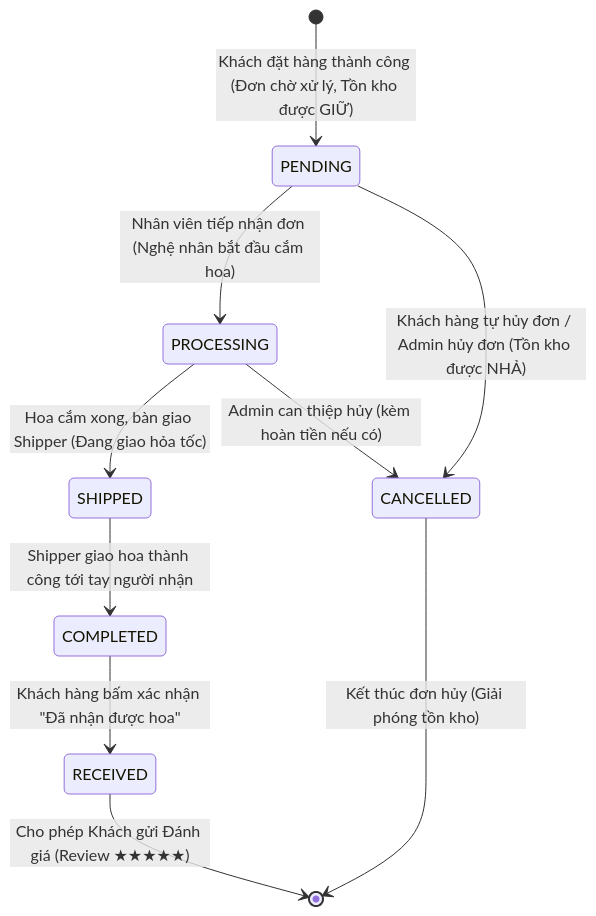
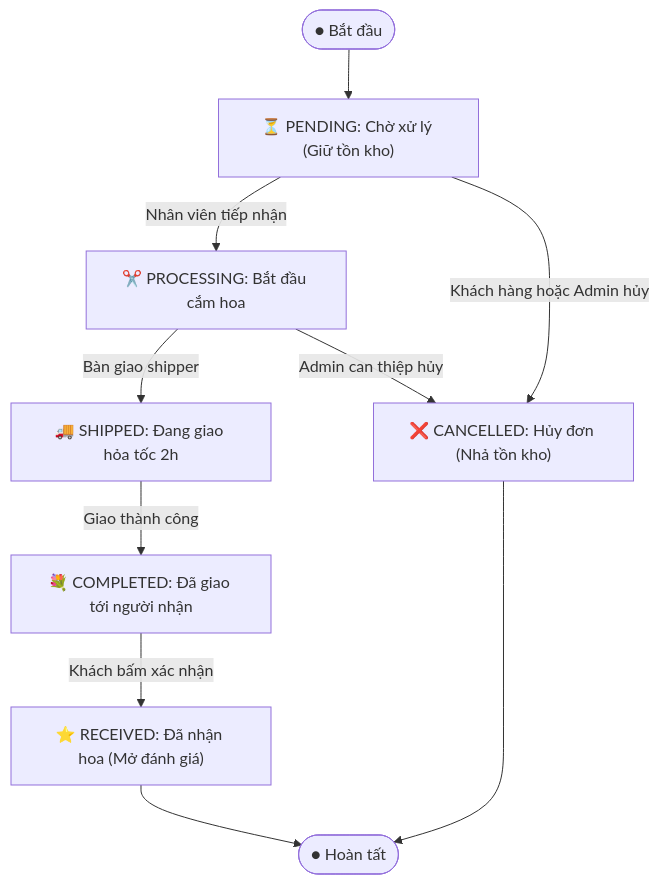
One commit to nmd-coder/cua_hang_hoa_flora changed the second of 2 diagrams in README.md. Above: the diagram before and after it, drawn with Mermaid. The commit also changed other lines of this file, not shown here.

Commit message:
fix(docs): fix Mermaid subgraph syntax and remove KaTeX math for GitHub markdown compatibility

````diff
--- a/README.md
+++ b/README.md
@@ -163,17 +163,12 @@
 ```mermaid
-stateDiagram-v2
-    [*] --> PENDING: Khách đặt hàng thành công (Đơn chờ xử lý, Tồn kho được GIỮ)
-    
-    PENDING --> PROCESSING: Nhân viên tiếp nhận đơn (Nghệ nhân bắt đầu cắm hoa)
-    PENDING --> CANCELLED: Khách hàng tự hủy đơn / Admin hủy đơn (Tồn kho được NHẢ)
-    
-    PROCESSING --> SHIPPED: Hoa cắm xong, bàn giao Shipper (Đang giao hỏa tốc)
-    PROCESSING --> CANCELLED: Admin can thiệp hủy (kèm hoàn tiền nếu có)
-    
-    SHIPPED --> COMPLETED: Shipper giao hoa thành công tới tay người nhận
-    
-    COMPLETED --> RECEIVED: Khách hàng bấm xác nhận "Đã nhận được hoa"
-    
-    RECEIVED --> [*]: Cho phép Khách gửi Đánh giá (Review ★★★★★)
-    CANCELLED --> [*]: Kết thúc đơn hủy (Giải phóng tồn kho)
+flowchart TD
+    S0(["● Bắt đầu"]) --> PENDING["⏳ PENDING: Chờ xử lý (Giữ tồn kho)"]
+    PENDING -->|Nhân viên tiếp nhận| PROCESSING["✂️ PROCESSING: Bắt đầu cắm hoa"]
+    PENDING -->|Khách hàng hoặc Admin hủy| CANCELLED["❌ CANCELLED: Hủy đơn (Nhả tồn kho)"]
+    PROCESSING -->|Bàn giao shipper| SHIPPED["🚚 SHIPPED: Đang giao hỏa tốc 2h"]
+    PROCESSING -->|Admin can thiệp hủy| CANCELLED
+    SHIPPED -->|Giao thành công| COMPLETED["💐 COMPLETED: Đã giao tới người nhận"]
+    COMPLETED -->|Khách bấm xác nhận| RECEIVED["⭐ RECEIVED: Đã nhận hoa (Mở đánh giá)"]
+    RECEIVED --> E0(["● Hoàn tất"])
+    CANCELLED --> E0
 ```
````
